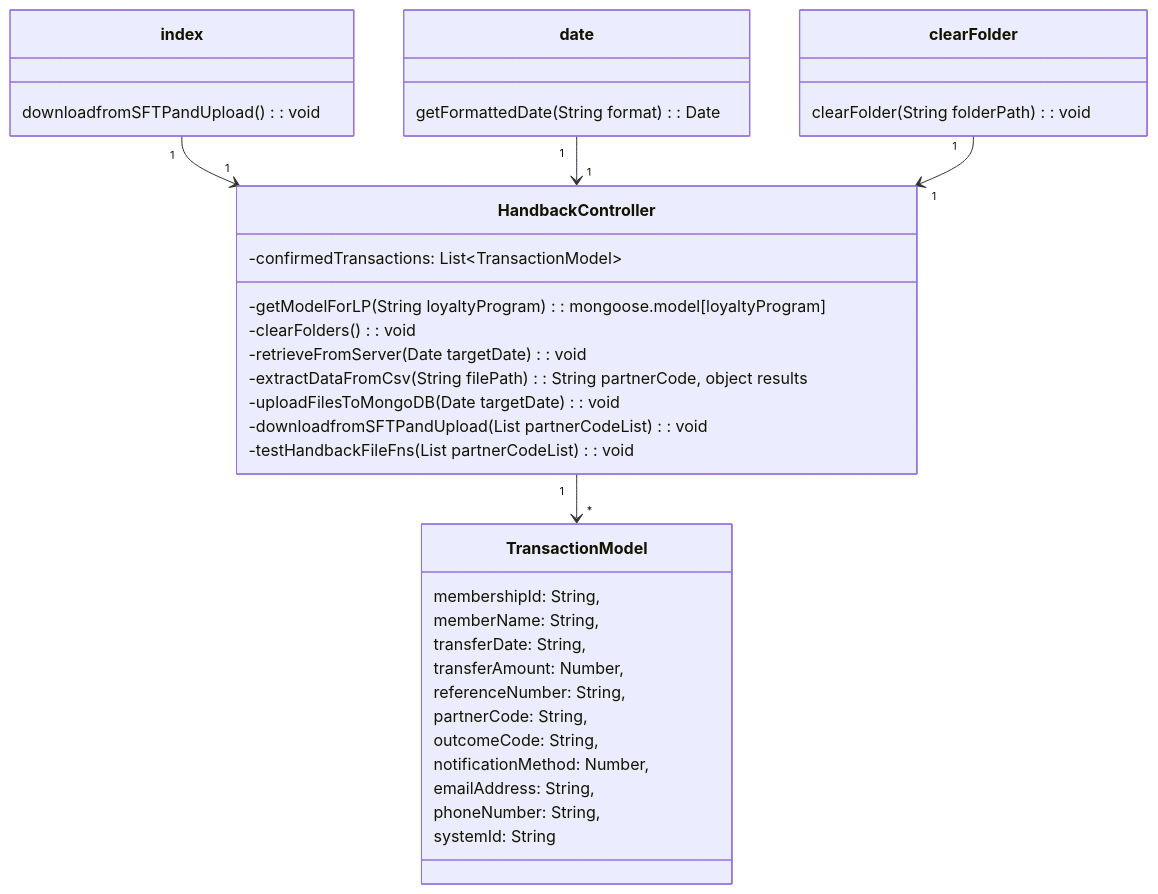
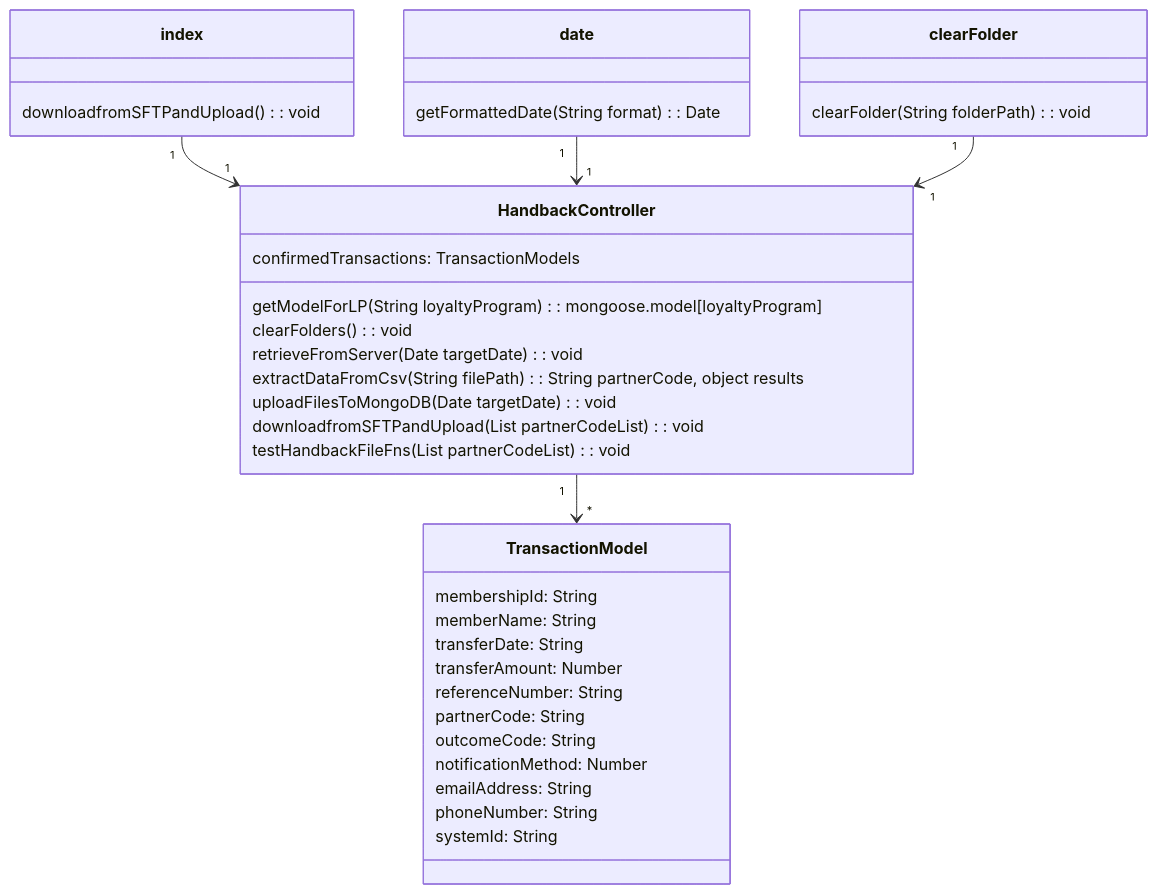
Before and after one commit to Sean2309/50.003_ESC_Project: diagram 11 of 16 in UML Class Diagrams/mvcClass.md, drawn with Mermaid. The commit also changed other lines of this file and 10 other files, not shown here.

Commit message:
chore: updated use case diagrams

````diff
--- a/UML Class Diagrams/mvcClass.md
+++ b/UML Class Diagrams/mvcClass.md
@@ -380,45 +432,45 @@
 ```mermaid
 classDiagram
 HandbackController "1" --> "*" TransactionModel
 index "1"--> "1" HandbackController
 date "1" --> "1" HandbackController
 clearFolder "1" --> "1" HandbackController
 
 class date {
     getFormattedDate(String format): Date
 }
 
 class clearFolder {
     clearFolder(String folderPath): void
 }
 
 class index {
     downloadfromSFTPandUpload(): void
 }
 
 class HandbackController{
-    -confirmedTransactions: List<<list>TransactionModel>
-    -getModelForLP(String loyaltyProgram): mongoose.model[loyaltyProgram]
-    -clearFolders(): void
-    -retrieveFromServer(Date targetDate): void
-    -extractDataFromCsv(String filePath): String partnerCode, object results
-    -uploadFilesToMongoDB(Date targetDate): void
-    -downloadfromSFTPandUpload(List partnerCodeList): void
-    -testHandbackFileFns(List partnerCodeList): void
+    confirmedTransactions: TransactionModels
+    getModelForLP(String loyaltyProgram): mongoose.model[loyaltyProgram]
+    clearFolders(): void
+    retrieveFromServer(Date targetDate): void
+    extractDataFromCsv(String filePath): String partnerCode, object results
+    uploadFilesToMongoDB(Date targetDate): void
+    downloadfromSFTPandUpload(List partnerCodeList): void
+    testHandbackFileFns(List partnerCodeList): void
 }
 
 class TransactionModel{
-        membershipId: String,
-        memberName: String,
-        transferDate: String,
-        transferAmount: Number,
-        referenceNumber: String,
-        partnerCode: String,
-        outcomeCode: String,
-        notificationMethod: Number,
-        emailAddress: String,
-        phoneNumber: String,
+        membershipId: String
+        memberName: String
+        transferDate: String
+        transferAmount: Number
+        referenceNumber: String
+        partnerCode: String
+        outcomeCode: String
+        notificationMethod: Number
+        emailAddress: String
+        phoneNumber: String
         systemId: String
     }
 
 ```
````
